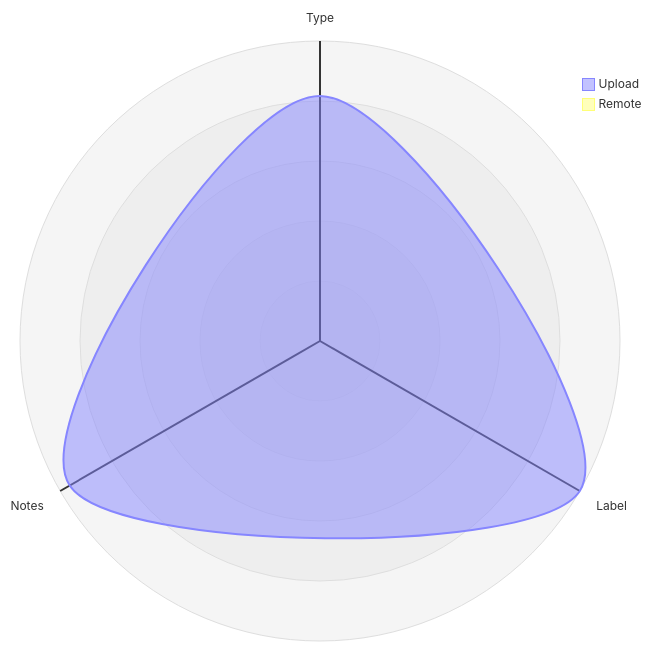
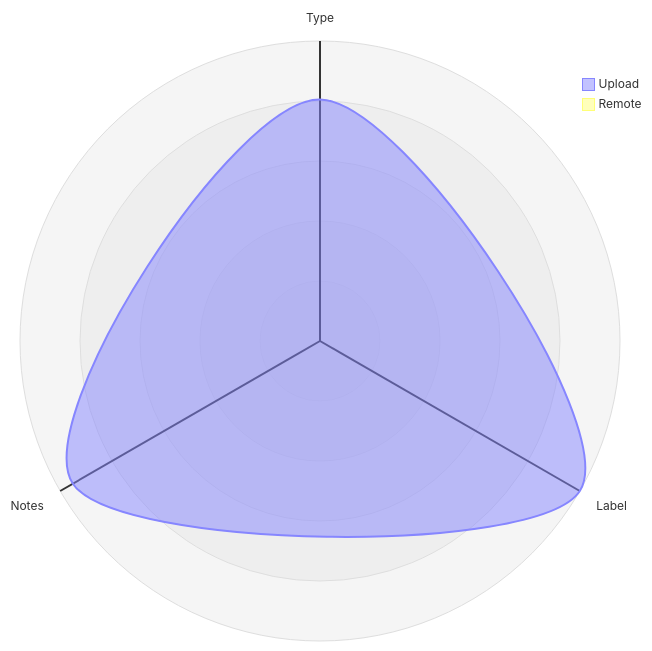
Before and after one commit to open-data/analytics-corporate-reporting: the third of 5 diagrams in datastore_tracker/README.md, drawn with Mermaid. The commit also changed other lines of this file and 6 other files, not shown here.

````diff
--- a/datastore_tracker/README.md
+++ b/datastore_tracker/README.md
@@ -104,12 +104,12 @@
 ```mermaid
 radar-beta
   axis T["Type"], L["Label"], N["Notes"]
-  curve u["Upload"]{0.00067, 0.00082, 0.00079}
+  curve u["Upload"]{0.00066, 0.00082, 0.00078}
   curve r["Remote"]{0, 0, 0}
 
   showLegend true
 
   min 0
   graticule circle
   ticks 5
 ```
````
